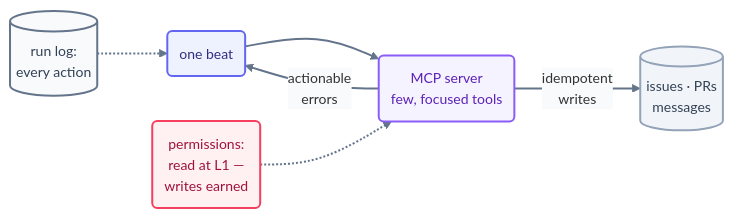
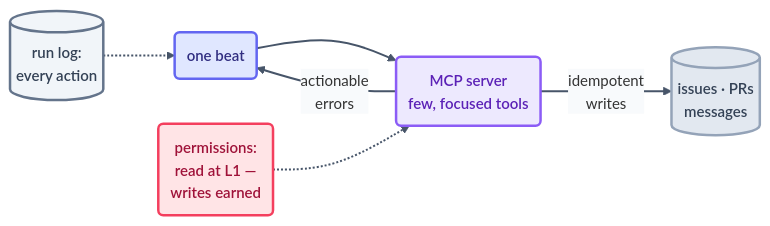
One commit to ayeshakhalid192007-dev/LoopEngineering-CrashCourse changed the diagram in docs/05-part-3-the-body/10-connectors-mcp.md. Above: the diagram before and after it, drawn with Mermaid. The commit also changed 66 other files, not shown here.

First line of the commit message:
docs(diagrams): visibly bolder pass — deeper fills, heavier strokes, semibold labels

````diff
--- a/docs/05-part-3-the-body/10-connectors-mcp.md
+++ b/docs/05-part-3-the-body/10-connectors-mcp.md
@@ -37,15 +37,15 @@
 ```mermaid
-%%{init: {'theme':'base','themeVariables':{'fontFamily':'ui-sans-serif, system-ui, sans-serif','fontSize':'14px','lineColor':'#64748b','edgeLabelBackground':'#f8fafc'},'flowchart':{'curve':'basis','nodeSpacing':45,'rankSpacing':55,'padding':12}}}%%
+%%{init: {'theme':'base','themeVariables':{'fontFamily':'ui-sans-serif, system-ui, sans-serif','fontSize':'15px','lineColor':'#475569','edgeLabelBackground':'#f8fafc'},'flowchart':{'curve':'basis','nodeSpacing':45,'rankSpacing':55,'padding':12}}}%%
 flowchart LR
     B("one beat"):::beat --> MCP("MCP server<br/>few, focused tools"):::cfg
     MCP -->|"idempotent<br/>writes"| GH[("issues · PRs<br/>messages")]:::reach
     MCP -->|"actionable<br/>errors"| B
     PERM("permissions:<br/>read at L1 —<br/>writes earned"):::limit -.-> MCP
     LOG[("run log:<br/>every action")]:::file -.-> B
-    linkStyle default stroke:#64748b,stroke-width:2px;
-    classDef beat fill:#eef2ff,stroke:#6366f1,stroke-width:2px,color:#312e81;
-    classDef cfg fill:#f5f3ff,stroke:#8b5cf6,stroke-width:2px,color:#5b21b6;
-    classDef reach fill:#f1f5f9,stroke:#94a3b8,stroke-width:2px,color:#334155;
-    classDef limit fill:#fff1f2,stroke:#f43f5e,stroke-width:2px,color:#9f1239;
-    classDef file fill:#f8fafc,stroke:#64748b,stroke-width:2px,color:#334155;
+    linkStyle default stroke:#475569,stroke-width:2px;
+    classDef beat fill:#e0e7ff,stroke:#6366f1,stroke-width:2.5px,color:#312e81,font-weight:600;
+    classDef cfg fill:#ede9fe,stroke:#8b5cf6,stroke-width:2.5px,color:#5b21b6,font-weight:600;
+    classDef reach fill:#e2e8f0,stroke:#94a3b8,stroke-width:2.5px,color:#334155,font-weight:600;
+    classDef limit fill:#ffe4e6,stroke:#f43f5e,stroke-width:2.5px,color:#9f1239,font-weight:600;
+    classDef file fill:#f1f5f9,stroke:#64748b,stroke-width:2.5px,color:#334155,font-weight:600;
 ```
````
